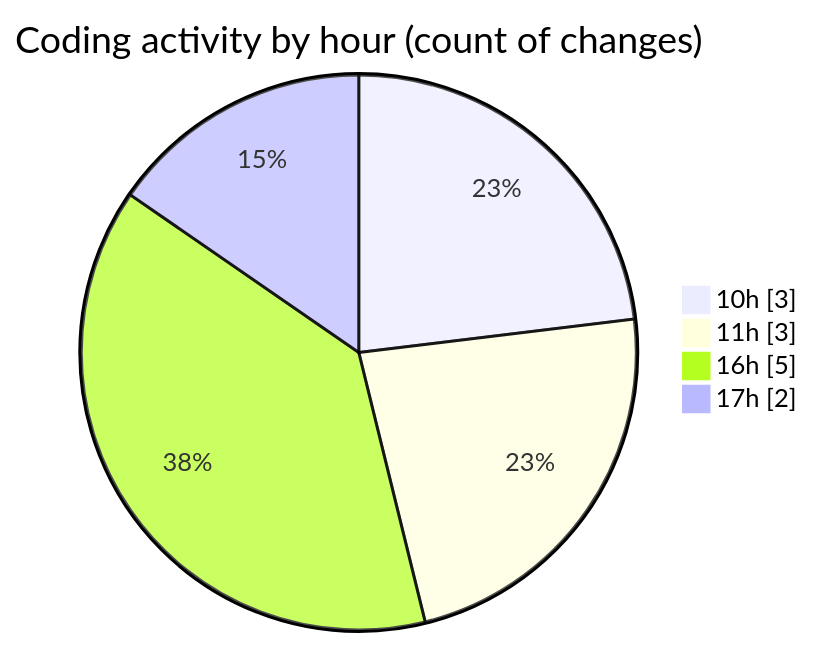
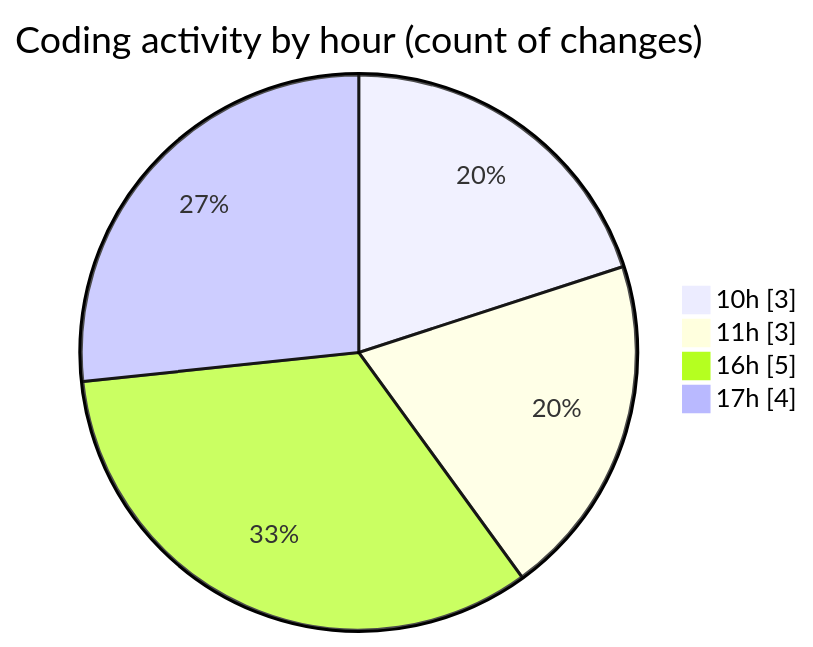
One commit to charlie-sans/code-tracking changed the second of 2 diagrams in 2025-02-26/micros/README.md. Above: the diagram before and after it, drawn with Mermaid. The commit also changed other lines of this file and 1 other file, not shown here.

````diff
--- a/2025-02-26/micros/README.md
+++ b/2025-02-26/micros/README.md
@@ -31,8 +31,8 @@
 ```mermaid
 pie showData
 title Coding activity by hour (count of changes)
 "10h" : 3
 "11h" : 3
 "16h" : 5
-"17h" : 2
+"17h" : 4
 ```
````
